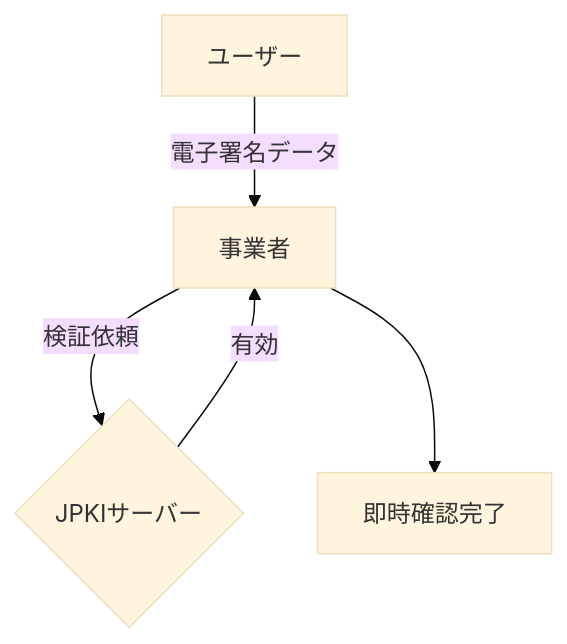
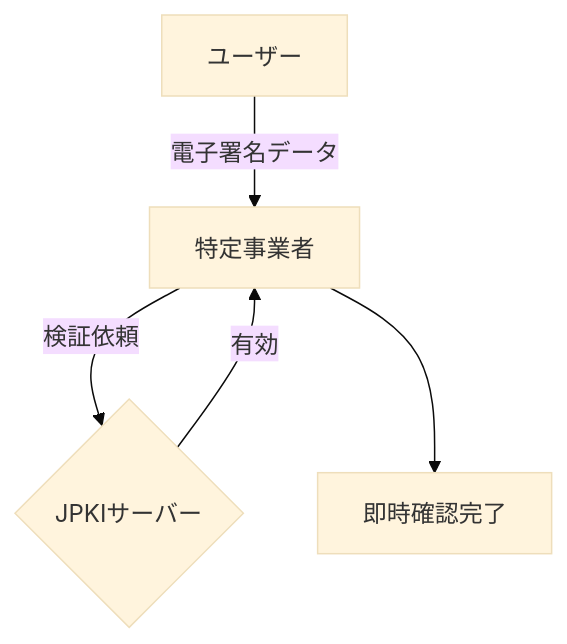
One commit to CiderH2CO3/study-hanshuho changed diagram 14 of 20 in hanshuho.md. Above: the diagram before and after it, drawn with Mermaid (base theme). The commit also changed other lines of this file, not shown here.

````diff
--- a/hanshuho.md
+++ b/hanshuho.md
@@ -504,7 +524,7 @@
 ```mermaid
 graph TD
-    User[ユーザー] -->|電子署名データ| Biz[事業者]
+    User[ユーザー] -->|電子署名データ| Biz[特定事業者]
     Biz -->|検証依頼| JPKI{JPKIサーバー}
     JPKI -->|有効| Biz
     Biz --> Done[即時確認完了]
 ```
````
